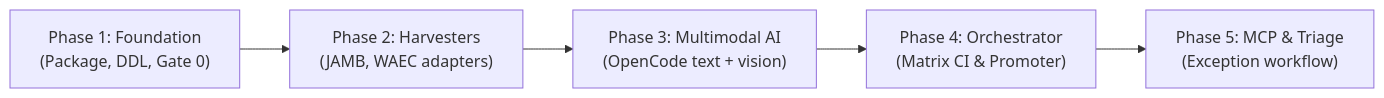
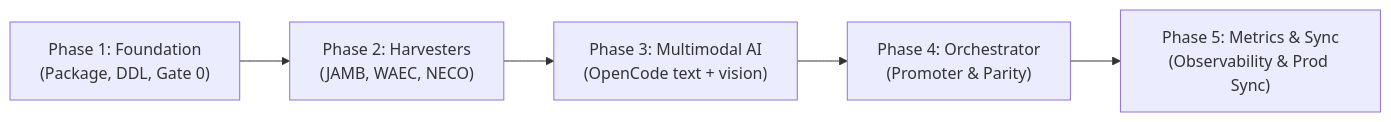
The diagram in utmelab-pipeline/docs/ROADMAP_AND_MILESTONES.md (shedrackgodstime/utmelab-api), drawn with Mermaid before and after one commit. The commit also changed other lines of this file and 11 other files, not shown here.

Commit message:
feat(pipeline): add observability metrics engine, NECO harvester, and audited production sync

````diff
--- a/utmelab-pipeline/docs/ROADMAP_AND_MILESTONES.md
+++ b/utmelab-pipeline/docs/ROADMAP_AND_MILESTONES.md
@@ -11,10 +12,10 @@
 ```mermaid
 flowchart LR
     P1["Phase 1: Foundation\n(Package, DDL, Gate 0)"]
-    P2["Phase 2: Harvesters\n(JAMB, WAEC adapters)"]
+    P2["Phase 2: Harvesters\n(JAMB, WAEC, NECO)"]
     P3["Phase 3: Multimodal AI\n(OpenCode text + vision)"]
-    P4["Phase 4: Orchestrator\n(Matrix CI & Promoter)"]
-    P5["Phase 5: MCP & Triage\n(Exception workflow)"]
+    P4["Phase 4: Orchestrator\n(Promoter & Parity)"]
+    P5["Phase 5: Metrics & Sync\n(Observability & Prod Sync)"]
 
     P1 --> P2 --> P3 --> P4 --> P5
 ```
````
